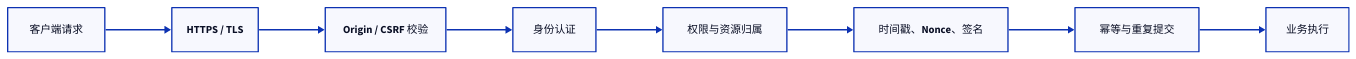
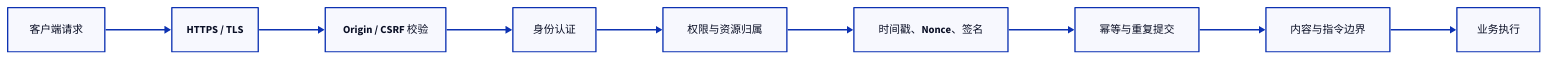
The diagram in apps/docs/experiences/架构/Web 安全实践指南.md (youngluo/thinking), drawn with D2 before and after one commit. The commit also changed other lines of this file and 7 other files, not shown here.

````diff
--- a/apps/docs/experiences/架构/Web 安全实践指南.md
+++ b/apps/docs/experiences/架构/Web 安全实践指南.md
@@ -44,14 +12,15 @@
 ```d2
 direction: right
 
 request: 客户端请求
 tls: HTTPS / TLS
 origin: Origin / CSRF 校验
 auth: 身份认证
 permission: 权限与资源归属
 freshness: 时间戳、Nonce、签名
 idempotency: 幂等与重复提交
+input: 内容与指令边界
 business: 业务执行
 
-request -> tls -> origin -> auth -> permission -> freshness -> idempotency -> business
+request -> tls -> origin -> auth -> permission -> freshness -> idempotency -> input -> business
 ```
````
